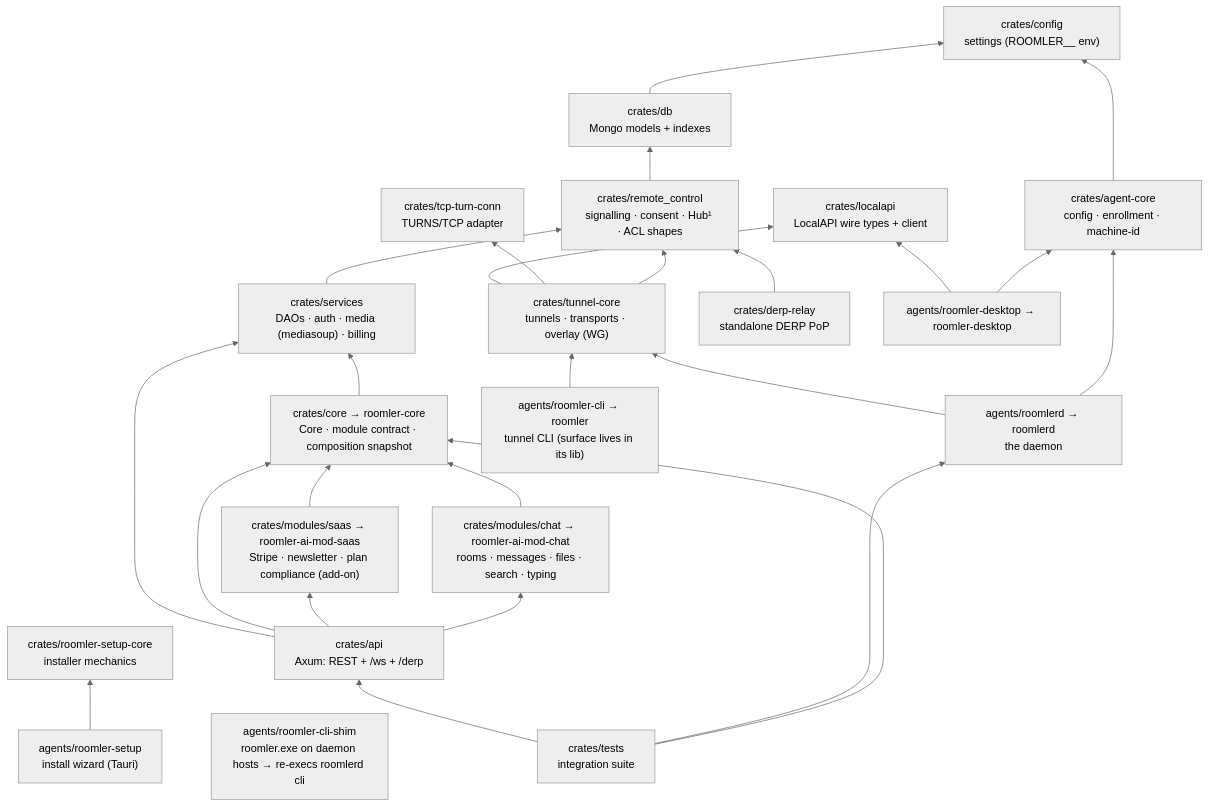
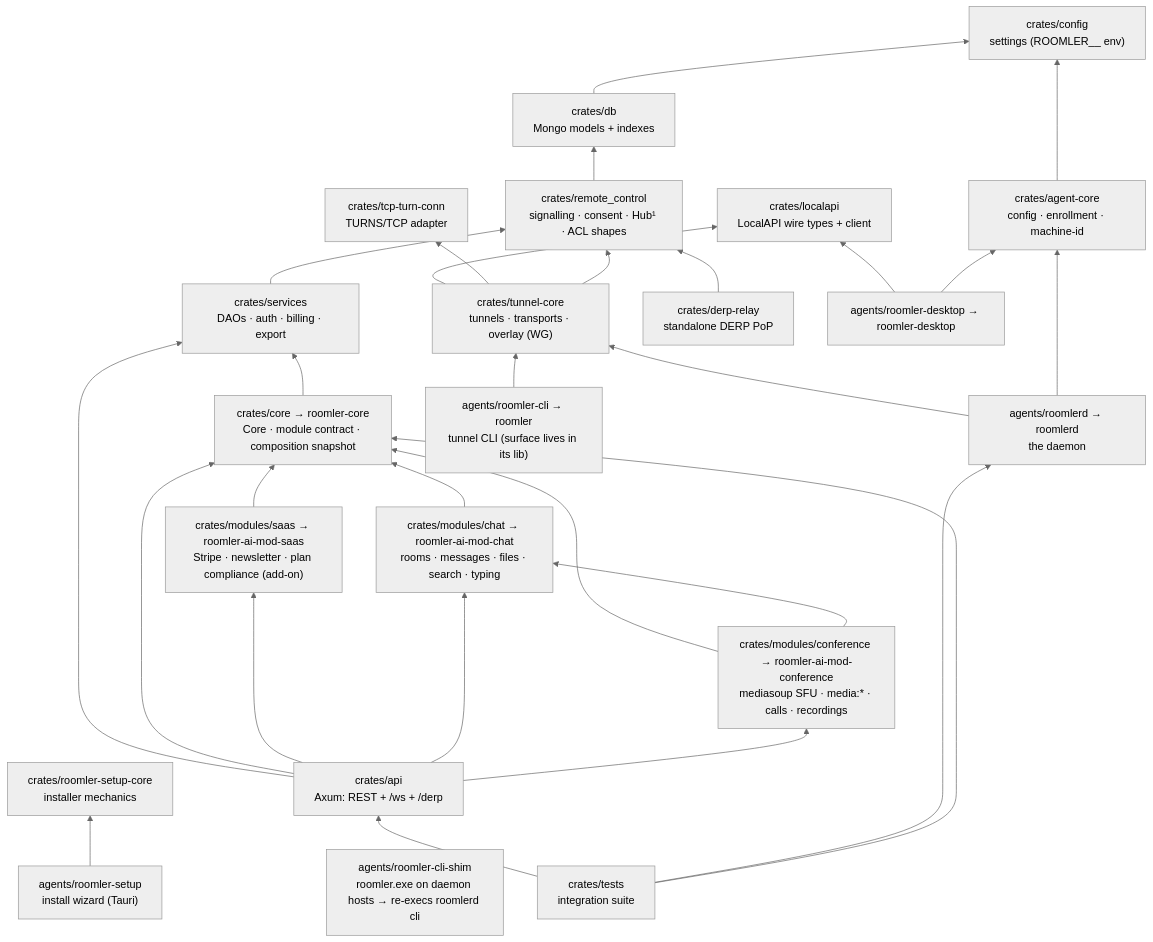
Before and after one commit to gjovanov/roomler-ai: the third of 4 diagrams in docs/architecture.md, drawn with Mermaid (neutral theme). The commit also changed 3 other files, not shown here.

Commit message:
docs(fr): FR-69 — P4 in the spec, the ledger, the crate map and the architecture map (#1307)

````diff
--- a/docs/architecture.md
+++ b/docs/architecture.md
@@ -100,42 +100,44 @@
 ```mermaid
 flowchart BT
     config["crates/config<br/>settings (ROOMLER__ env)"]
     db["crates/db<br/>Mongo models + indexes"]
     core["crates/core → roomler-core<br/>Core · module contract · composition snapshot"]
     saas["crates/modules/saas → roomler-ai-mod-saas<br/>Stripe · newsletter · plan compliance (add-on)"]
     chat["crates/modules/chat → roomler-ai-mod-chat<br/>rooms · messages · files · search · typing"]
+    conference["crates/modules/conference → roomler-ai-mod-conference<br/>mediasoup SFU · media:* · calls · recordings"]
     rc["crates/remote_control<br/>signalling · consent · Hub¹ · ACL shapes"]
-    services["crates/services<br/>DAOs · auth · media (mediasoup) · billing"]
+    services["crates/services<br/>DAOs · auth · billing · export"]
     api["crates/api<br/>Axum: REST + /ws + /derp"]
     tests["crates/tests<br/>integration suite"]
 
     localapi["crates/localapi<br/>LocalAPI wire types + client"]
     agentcore["crates/agent-core<br/>config · enrollment · machine-id"]
     tunnelcore["crates/tunnel-core<br/>tunnels · transports · overlay (WG)"]
     tcpturn["crates/tcp-turn-conn<br/>TURNS/TCP adapter"]
     derprelay["crates/derp-relay<br/>standalone DERP PoP"]
     setupcore["crates/roomler-setup-core<br/>installer mechanics"]
 
     roomlerd["agents/roomlerd → roomlerd<br/>the daemon"]
     tunnel["agents/roomler-cli → roomler<br/>tunnel CLI (surface lives in its lib)"]
     shim["agents/roomler-cli-shim<br/>roomler.exe on daemon hosts → re-execs roomlerd cli"]
     tray["agents/roomler-desktop → roomler-desktop"]
     setup["agents/roomler-setup<br/>install wizard (Tauri)"]
 
     db --> config
     core --> services
     saas --> core
     chat --> core
+    conference --> core & chat
     rc --> db
     services --> rc
-    api --> services & core & saas & chat
+    api --> services & core & saas & chat & conference
     tests --> api & roomlerd & core
 
     tunnelcore --> localapi & tcpturn & rc
     agentcore --> config
     roomlerd --> tunnelcore & agentcore
     tunnel --> tunnelcore
     tray --> localapi & agentcore
     setup --> setupcore
     derprelay --> rc
 ```
````
